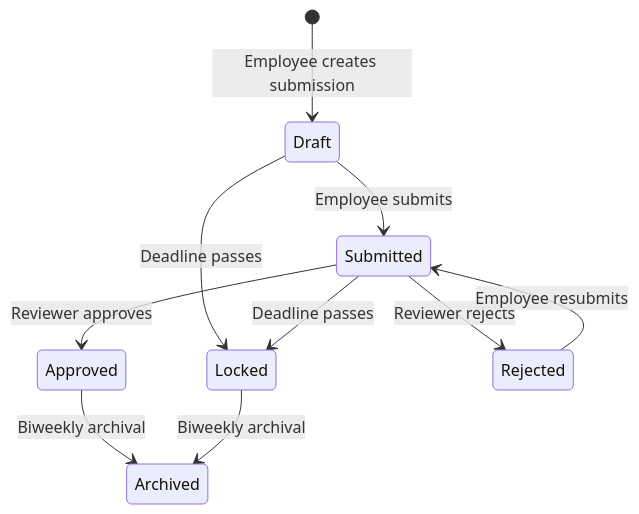
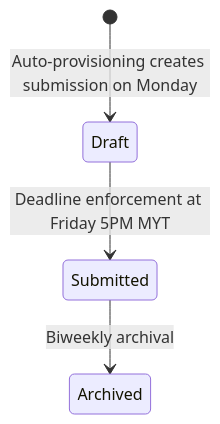
One commit to GaTheLy/axrail_timesheet_backend changed the second of 3 diagrams in .kiro/specs/employee-timesheet-management/design.md. Above: the diagram before and after it, drawn with Mermaid. The commit also changed other lines of this file and 80 other files, not shown here.

````diff
--- a/.kiro/specs/employee-timesheet-management/design.md
+++ b/.kiro/specs/employee-timesheet-management/design.md
@@ -117,12 +103,6 @@
 ```mermaid
 stateDiagram-v2
-    [*] --> Draft: Employee creates submission
-    Draft --> Submitted: Employee submits
-    Draft --> Locked: Deadline passes
-    Submitted --> Approved: Reviewer approves
-    Submitted --> Rejected: Reviewer rejects
-    Rejected --> Submitted: Employee resubmits
-    Approved --> Archived: Biweekly archival
-    Locked --> Archived: Biweekly archival
-    Submitted --> Locked: Deadline passes
+    [*] --> Draft: Auto-provisioning creates submission on Monday
+    Draft --> Submitted: Deadline enforcement at Friday 5PM MYT
+    Submitted --> Archived: Biweekly archival
 ```
````
